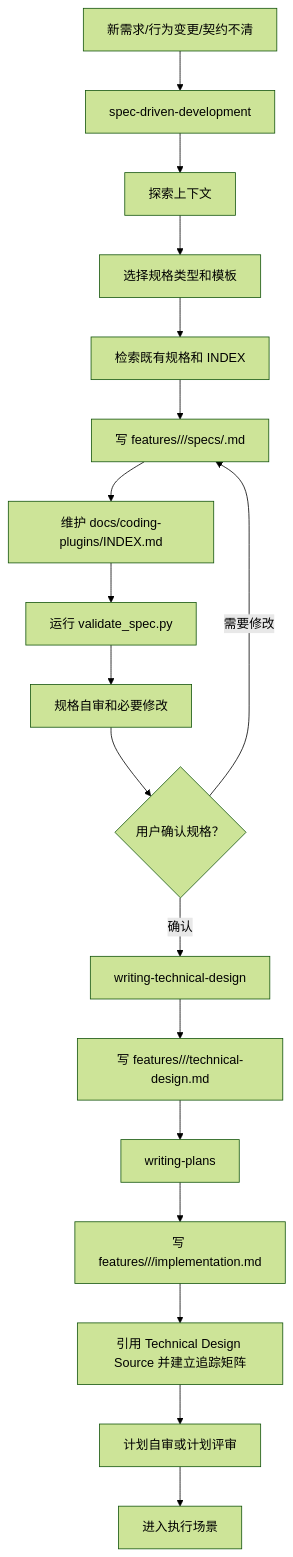
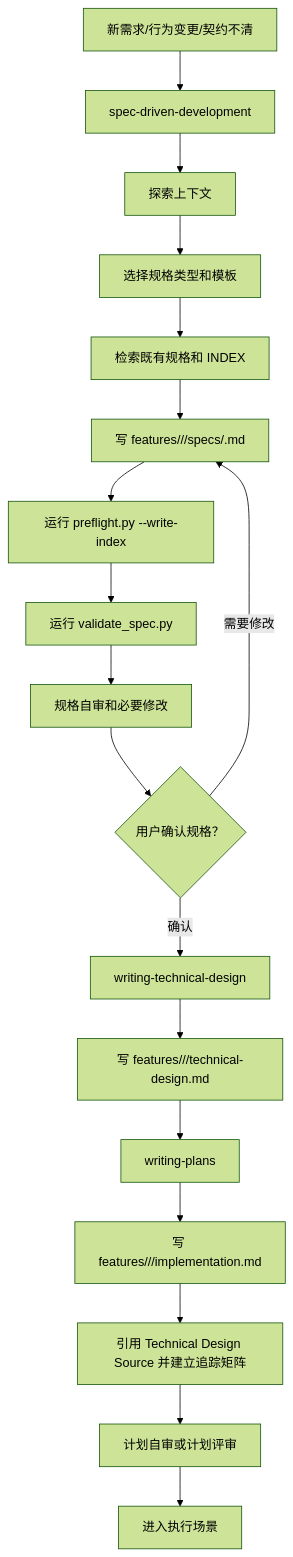
The third of 11 diagrams in docs/workflow-chain.md (Vincen-dev/coding-plugins), drawn with Mermaid (forest theme) before and after one commit. The commit also changed other lines of this file and 10 other files, not shown here.

````diff
--- a/docs/workflow-chain.md
+++ b/docs/workflow-chain.md
@@ -177,20 +177,20 @@
 ```mermaid
 flowchart TD
   A["新需求/行为变更/契约不清"] --> B["spec-driven-development"]
   B --> C["探索上下文"]
   C --> D["选择规格类型和模板"]
   D --> E["检索既有规格和 INDEX"]
   E --> F["写 features/<area>/<capability>/specs/<spec-kind>.md"]
-  F --> G["维护 docs/coding-plugins/INDEX.md"]
+  F --> G["运行 preflight.py --write-index"]
   G --> H["运行 validate_spec.py"]
   H --> I["规格自审和必要修改"]
   I --> J{"用户确认规格？"}
   J -->|需要修改| F
   J -->|确认| TD["writing-technical-design"]
   TD --> K["写 features/<area>/<capability>/technical-design.md"]
   K --> L["writing-plans"]
   L --> M["写 features/<area>/<capability>/implementation.md"]
   M --> N["引用 Technical Design Source 并建立追踪矩阵"]
   N --> O["计划自审或计划评审"]
   O --> P["进入执行场景"]
 ```
````
